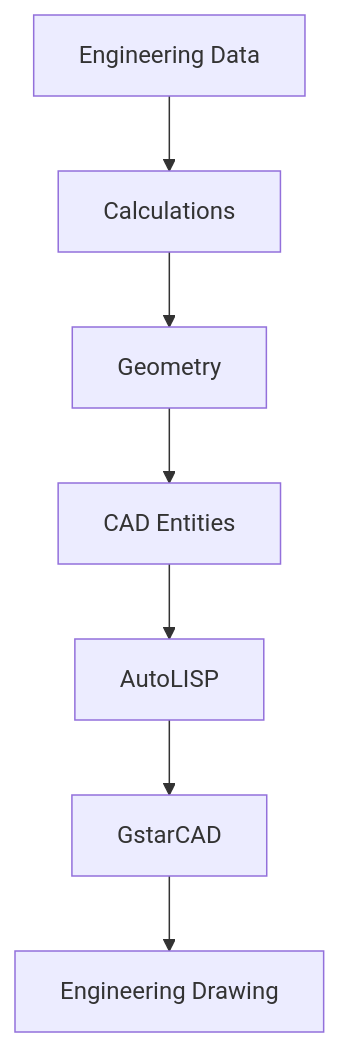
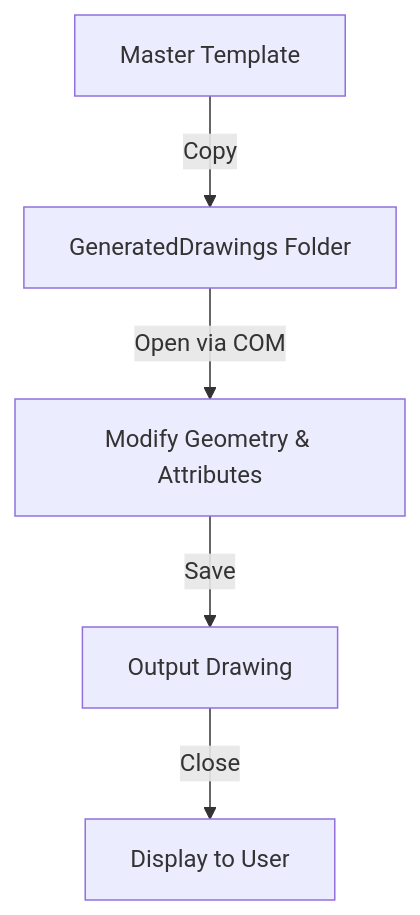
Before and after one commit to NullOrigin06/mega-engineering-suite: the second of 2 diagrams in README.md, drawn with Mermaid. The commit also changed other lines of this file, not shown here.

Commit message:
docs: rewrite README to match new flat architecture and CAD lifecycle

````diff
--- a/README.md
+++ b/README.md
@@ -142,9 +90,7 @@
 ```mermaid
 graph TD;
-    A[Engineering Data] --> B[Calculations];
-    B --> C[Geometry];
-    C --> D[CAD Entities];
-    D --> E[AutoLISP];
-    E --> F[GstarCAD];
-    F --> G[Engineering Drawing];
+    A[Master Template] -->|Copy| B[GeneratedDrawings Folder];
+    B -->|Open via COM| C[Modify Geometry & Attributes];
+    C -->|Save| D[Output Drawing];
+    D -->|Close| E[Display to User];
 ```
````
